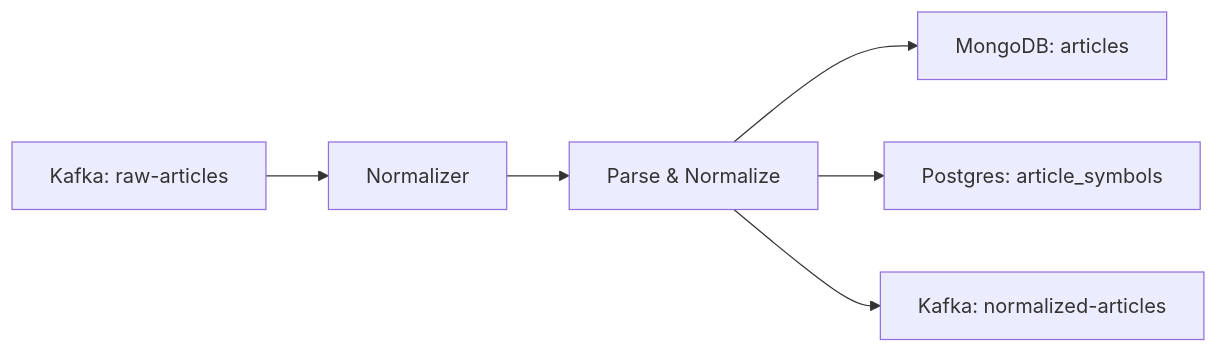
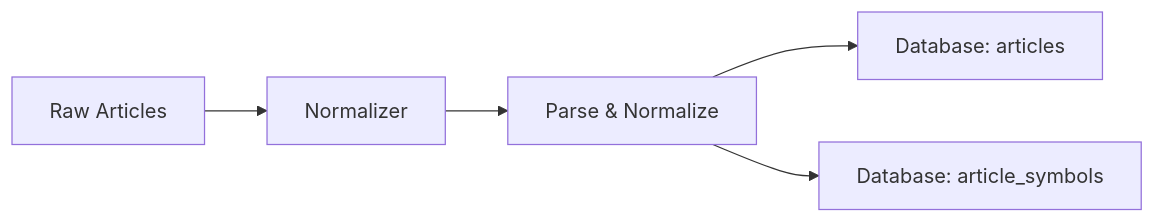
Before and after one commit to HCMUS-Software-Architecture/Back-end: the second of 7 diagrams in doc/Features.md, drawn with Mermaid. The commit also changed other lines of this file and 6 other files, not shown here.

Commit message:
Restructure documentation with evolutionary architecture and separate operations guide

````diff
--- a/doc/Features.md
+++ b/doc/Features.md
@@ -88,8 +77,7 @@
 ```mermaid
 flowchart LR
-  K1[Kafka: raw-articles] --> N[Normalizer]
+  K1[Raw Articles] --> N[Normalizer]
   N --> Parse[Parse & Normalize]
-  Parse --> MA[MongoDB: articles]
-  Parse --> PS[Postgres: article_symbols]
-  Parse --> K2[Kafka: normalized-articles]
+  Parse --> MA[Database: articles]
+  Parse --> PS[Database: article_symbols]
 ```
````
